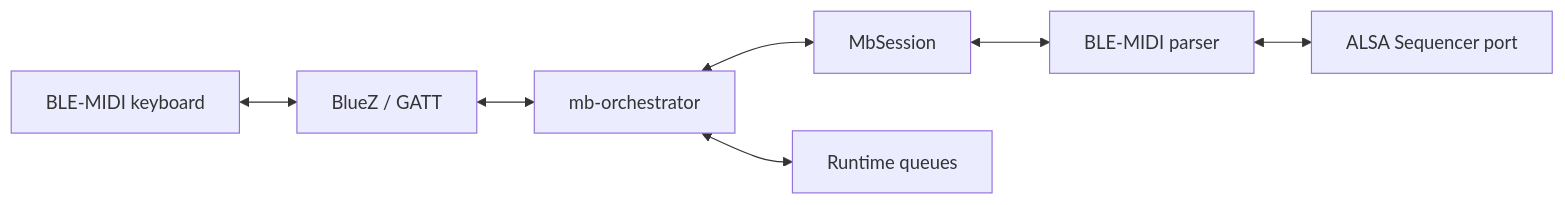
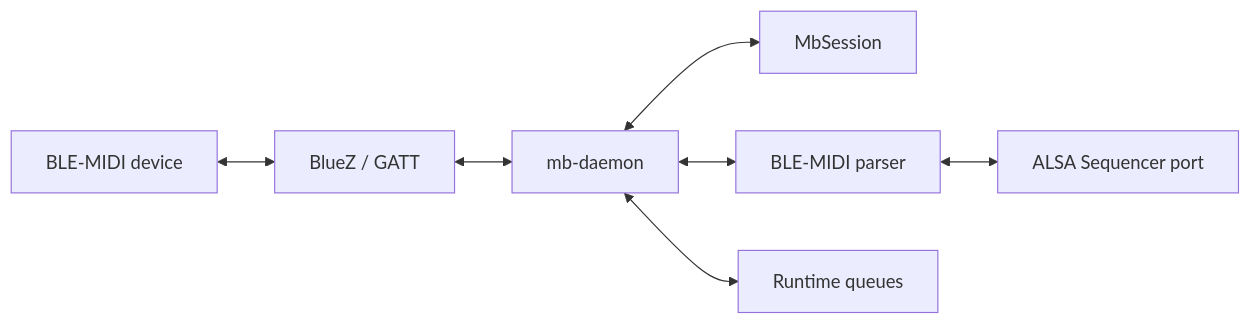
Before and after one commit to mwprado/midi-ble-rt: the first of 3 diagrams in DEVELOPERS.md, drawn with Mermaid. The commit also changed other lines of this file, not shown here.

Commit message:
Refresh developer architecture notes after legacy removal

````diff
--- a/DEVELOPERS.md
+++ b/DEVELOPERS.md
@@ -72,9 +62,9 @@
 ```mermaid
 flowchart LR
-    K[BLE-MIDI keyboard] <--> B[BlueZ / GATT]
-    B <--> O[mb-orchestrator]
-    O <--> S[MbSession]
-    S <--> P[BLE-MIDI parser]
-    O <--> R[Runtime queues]
+    K[BLE-MIDI device] <--> B[BlueZ / GATT]
+    B <--> D[mb-daemon]
+    D <--> S[MbSession]
+    D <--> P[BLE-MIDI parser]
+    D <--> R[Runtime queues]
     P <--> A[ALSA Sequencer port]
 ```
````
